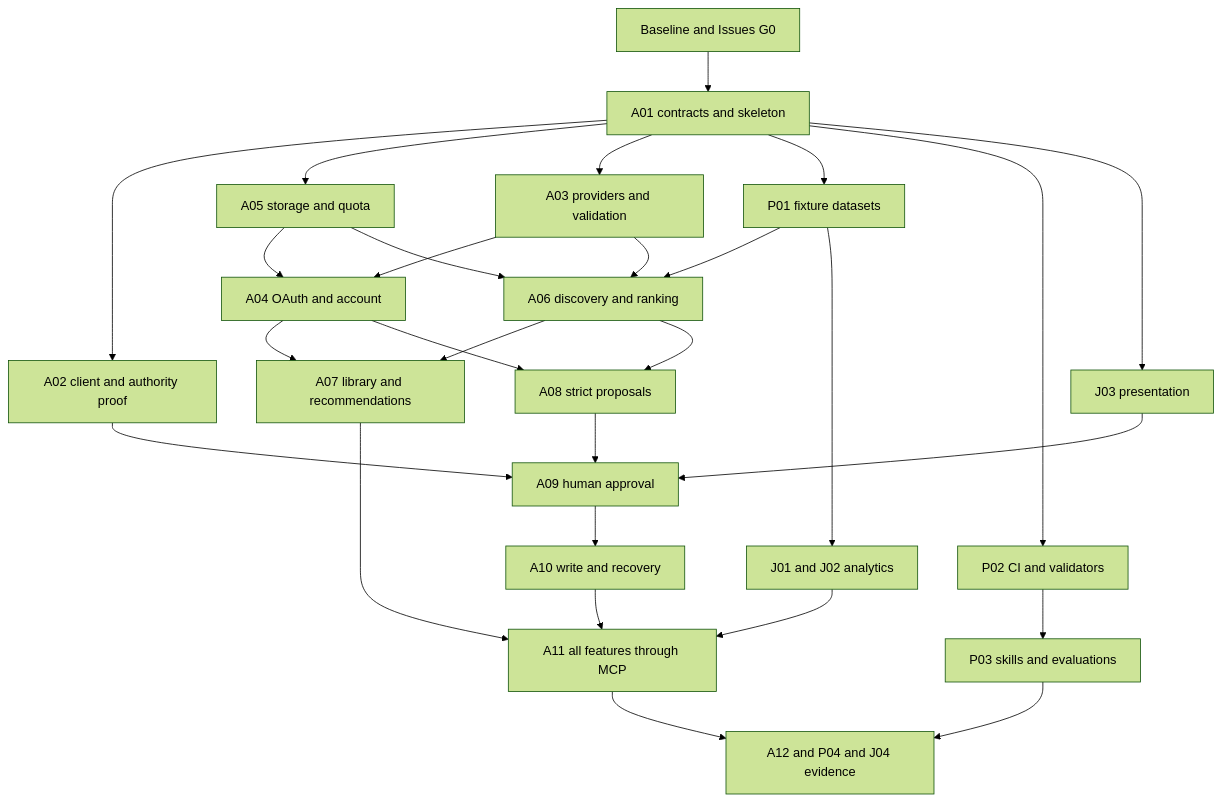
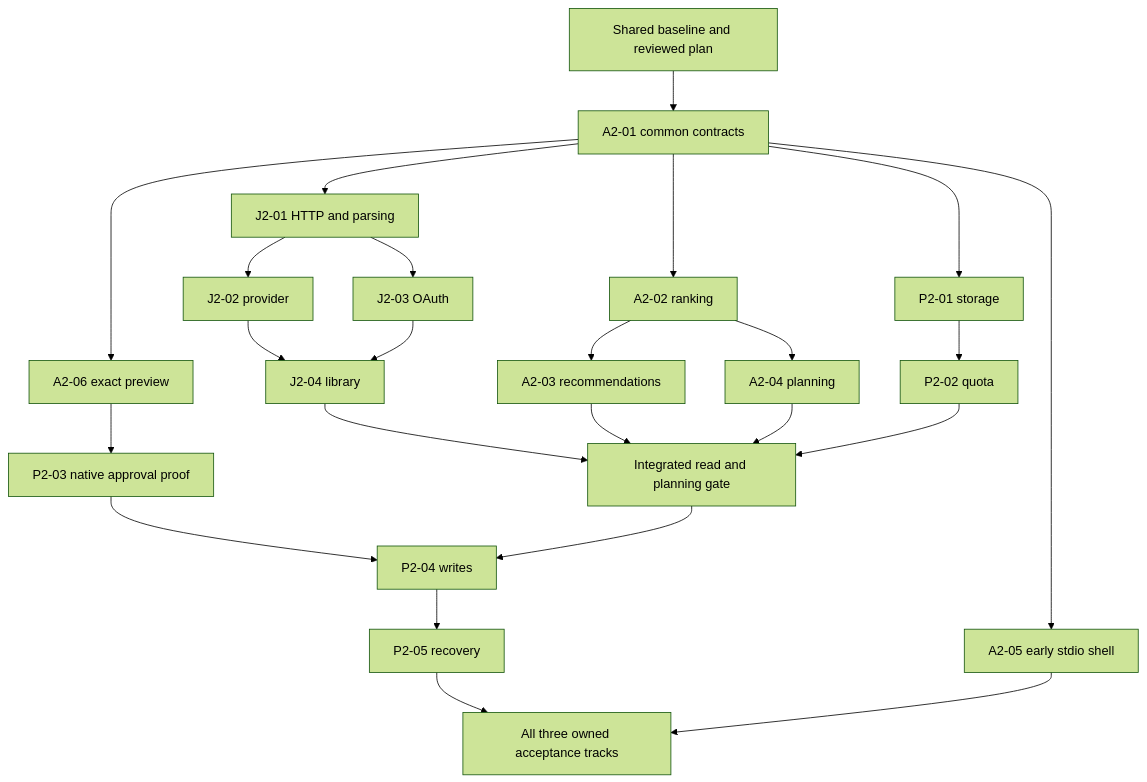
One commit to AadyantNeog/SEproject changed the diagram in docs/implementation/TEAM_WORKPLAN.md. Above: the diagram before and after it, drawn with Mermaid (forest theme). The commit also changed other lines of this file and 24 other files, not shown here.

````diff
--- a/docs/implementation/TEAM_WORKPLAN.md
+++ b/docs/implementation/TEAM_WORKPLAN.md
@@ -76,30 +108,26 @@
 ```mermaid
 flowchart TD
-    G0[Baseline and Issues G0] --> A01[A01 contracts and skeleton]
-    A01 --> A02[A02 client and authority proof]
-    A01 --> A05[A05 storage and quota]
-    A01 --> A03[A03 providers and validation]
-    A01 --> P01[P01 fixture datasets]
-    A01 --> P02[P02 CI and validators]
-    A03 --> A04[A04 OAuth and account]
-    A05 --> A04
-    A03 --> A06[A06 discovery and ranking]
-    A05 --> A06
-    P01 --> A06
-    A06 --> A07[A07 library and recommendations]
-    A04 --> A07
-    A06 --> A08[A08 strict proposals]
-    A04 --> A08
-    P01 --> J01[J01 and J02 analytics]
-    A01 --> J03[J03 presentation]
-    A08 --> A09[A09 human approval]
-    A02 --> A09
-    J03 --> A09
-    A09 --> A10[A10 write and recovery]
-    A07 --> A11[A11 all features through MCP]
-    J01 --> A11
-    A10 --> A11
-    P02 --> P03[P03 skills and evaluations]
-    A11 --> Final[A12 and P04 and J04 evidence]
-    P03 --> Final
+    G0[Shared baseline and reviewed plan] --> A01[A2-01 common contracts]
+    A01 --> A06[A2-06 exact preview]
+    A01 --> A05[A2-05 early stdio shell]
+    A01 --> A02[A2-02 ranking]
+    A01 --> J01[J2-01 HTTP and parsing]
+    A01 --> P01[P2-01 storage]
+    A06 --> P03[P2-03 native approval proof]
+    P01 --> P02[P2-02 quota]
+    J01 --> J02[J2-02 provider]
+    J01 --> J03[J2-03 OAuth]
+    J02 --> J04[J2-04 library]
+    J03 --> J04
+    A02 --> A03[A2-03 recommendations]
+    J04 --> ReadGate[Integrated read and planning gate]
+    A03 --> ReadGate
+    A02 --> A04[A2-04 planning]
+    A04 --> ReadGate
+    P02 --> ReadGate
+    P03 --> P04[P2-04 writes]
+    ReadGate --> P04
+    P04 --> P05[P2-05 recovery]
+    P05 --> Evidence[All three owned acceptance tracks]
+    A05 --> Evidence
 ```
````
